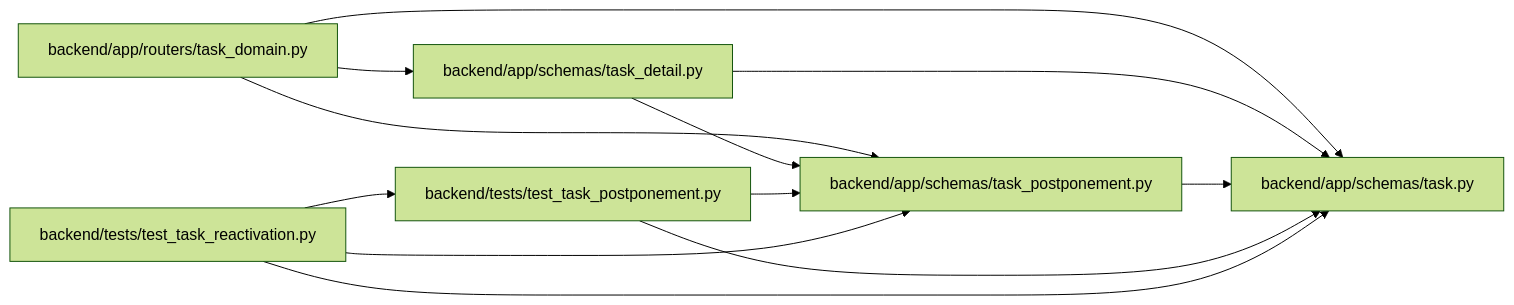
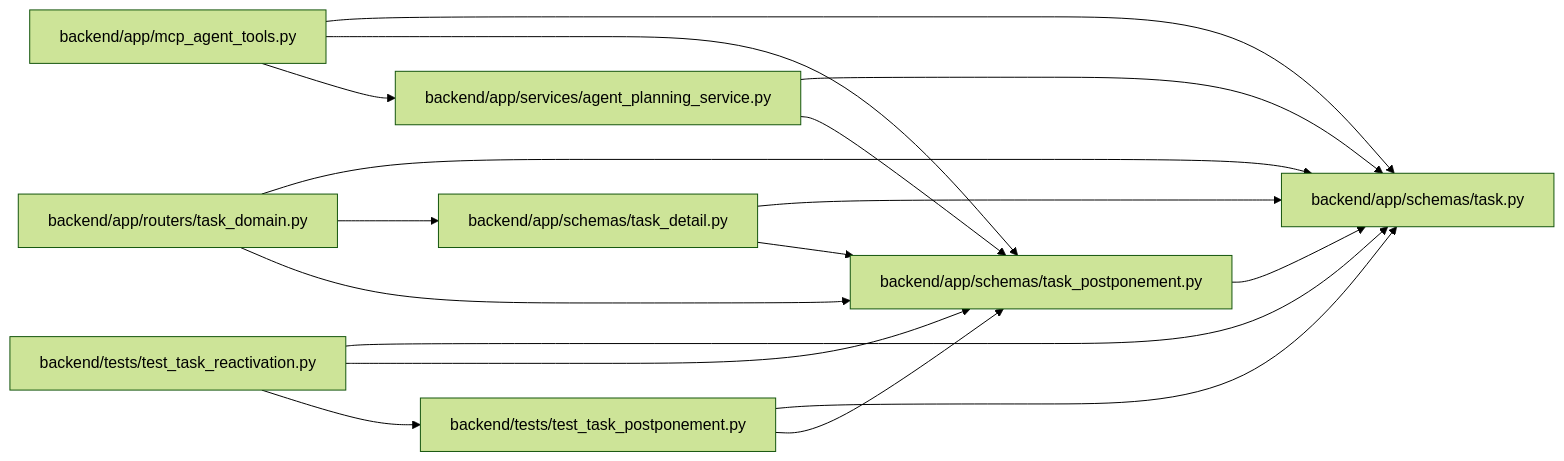
The diagram in docs/llm_wiki/modules/schemas_task_postponement.md (Denissvgn/WorkChord), drawn with Mermaid (forest theme) before and after one commit. The commit also changed other lines of this file and 674 other files, not shown here.

Commit message:
Sync the architectural wiki for the postponement agent tools

````diff
--- a/docs/llm_wiki/modules/schemas_task_postponement.md
+++ b/docs/llm_wiki/modules/schemas_task_postponement.md
@@ -21,26 +21,35 @@
 ```mermaid
 flowchart LR
-    n0["backend/app/routers/task_domain.py"]
-    n1["backend/app/schemas/task.py"]
-    n2["backend/app/schemas/task_detail.py"]
-    n3["backend/app/schemas/task_postponement.py"]
-    n4["backend/tests/test_task_postponement.py"]
-    n5["backend/tests/test_task_reactivation.py"]
-    n0 --> n1
+    n0["backend/app/mcp_agent_tools.py"]
+    n1["backend/app/routers/task_domain.py"]
+    n2["backend/app/schemas/task.py"]
+    n3["backend/app/schemas/task_detail.py"]
+    n4["backend/app/schemas/task_postponement.py"]
+    n5["backend/app/services/agent_planning_service.py"]
+    n6["backend/tests/test_task_postponement.py"]
+    n7["backend/tests/test_task_reactivation.py"]
     n0 --> n2
-    n0 --> n3
-    n2 --> n1
-    n2 --> n3
-    n3 --> n1
-    n4 --> n1
-    n4 --> n3
-    n5 --> n1
-    n5 --> n3
+    n0 --> n4
+    n0 --> n5
+    n1 --> n2
+    n1 --> n3
+    n1 --> n4
+    n3 --> n2
+    n3 --> n4
+    n4 --> n2
+    n5 --> n2
     n5 --> n4
-    click n0 "../modules/routers_task_domain.md"
-    click n1 "../modules/schemas_task.md"
-    click n2 "../modules/task_detail.md"
-    click n3 "../modules/schemas_task_postponement.md"
-    click n4 "../modules/test_task_postponement.md"
-    click n5 "../modules/test_task_reactivation.md"
+    n6 --> n2
+    n6 --> n4
+    n7 --> n2
+    n7 --> n4
+    n7 --> n6
+    click n0 "../modules/mcp_agent_tools.md"
+    click n1 "../modules/routers_task_domain.md"
+    click n2 "../modules/schemas_task.md"
+    click n3 "../modules/task_detail.md"
+    click n4 "../modules/schemas_task_postponement.md"
+    click n5 "../modules/agent_planning_service.md"
+    click n6 "../modules/test_task_postponement.md"
+    click n7 "../modules/test_task_reactivation.md"
 ```
````
